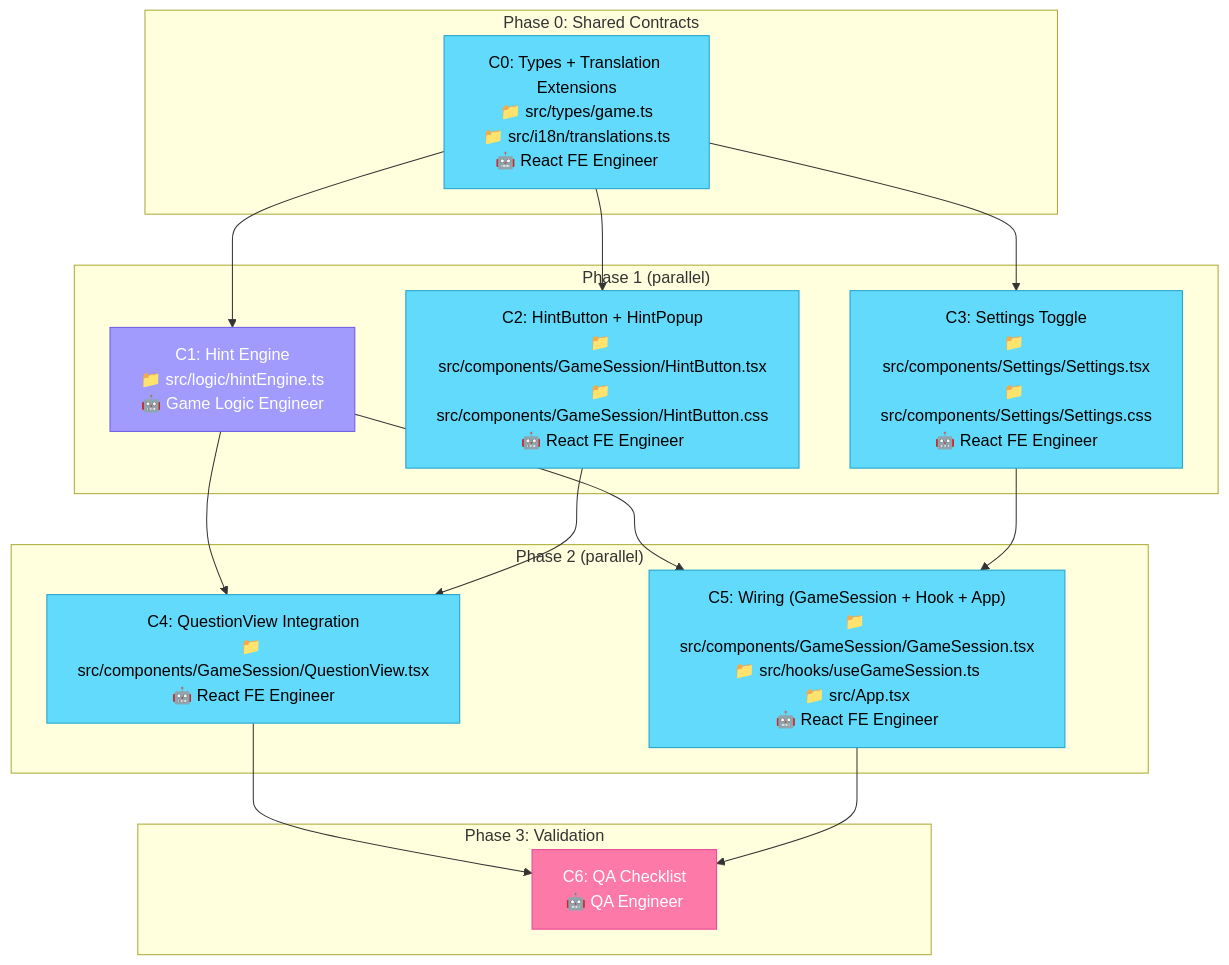
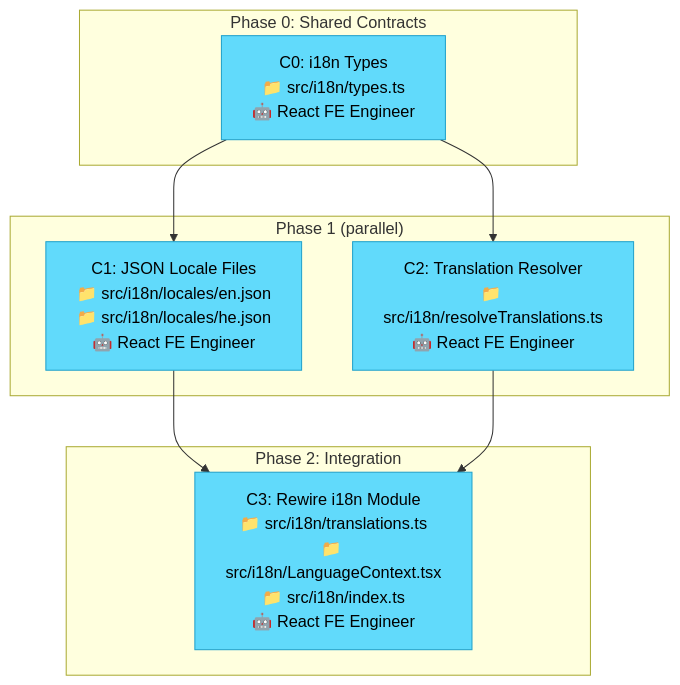
The diagram in .tasks/PLAN_GRAPH.md (mpmisha/TeachWatch), drawn with Mermaid before and after one commit. The commit also changed other lines of this file and 20 other files, not shown here.

First line of the commit message:
Add Translation Engineer agent with glossary and validation skills

````diff
--- a/.tasks/PLAN_GRAPH.md
+++ b/.tasks/PLAN_GRAPH.md
@@ -3,39 +3,24 @@
 ```mermaid
 flowchart TD
     subgraph "Phase 0: Shared Contracts"
-        C0["C0: Types + Translation Extensions\n📁 src/types/game.ts\n📁 src/i18n/translations.ts\n🤖 React FE Engineer"]
+        C0["C0: i18n Types\n📁 src/i18n/types.ts\n🤖 React FE Engineer"]
     end
 
     subgraph "Phase 1 (parallel)"
-        C1["C1: Hint Engine\n📁 src/logic/hintEngine.ts\n🤖 Game Logic Engineer"]
-        C2["C2: HintButton + HintPopup\n📁 src/components/GameSession/HintButton.tsx\n📁 src/components/GameSession/HintButton.css\n🤖 React FE Engineer"]
-        C3["C3: Settings Toggle\n📁 src/components/Settings/Settings.tsx\n📁 src/components/Settings/Settings.css\n🤖 React FE Engineer"]
+        C1["C1: JSON Locale Files\n📁 src/i18n/locales/en.json\n📁 src/i18n/locales/he.json\n🤖 React FE Engineer"]
+        C2["C2: Translation Resolver\n📁 src/i18n/resolveTranslations.ts\n🤖 React FE Engineer"]
     end
 
-    subgraph "Phase 2 (parallel)"
-        C4["C4: QuestionView Integration\n📁 src/components/GameSession/QuestionView.tsx\n🤖 React FE Engineer"]
-        C5["C5: Wiring (GameSession + Hook + App)\n📁 src/components/GameSession/GameSession.tsx\n📁 src/hooks/useGameSession.ts\n📁 src/App.tsx\n🤖 React FE Engineer"]
-    end
-
-    subgraph "Phase 3: Validation"
-        C6["C6: QA Checklist\n🤖 QA Engineer"]
+    subgraph "Phase 2: Integration"
+        C3["C3: Rewire i18n Module\n📁 src/i18n/translations.ts\n📁 src/i18n/LanguageContext.tsx\n📁 src/i18n/index.ts\n🤖 React FE Engineer"]
     end
 
     C0 --> C1
     C0 --> C2
-    C0 --> C3
-    C1 --> C4
-    C2 --> C4
-    C1 --> C5
-    C3 --> C5
-    C4 --> C6
-    C5 --> C6
+    C1 --> C3
+    C2 --> C3
 
     classDef reactfe fill:#61dafb,color:#000,stroke:#21a1cb
-    classDef gamelogic fill:#a29bfe,color:#fff,stroke:#6c5ce7
-    classDef qa fill:#fd79a8,color:#fff,stroke:#e84393
 
-    class C0,C2,C3,C4,C5 reactfe
-    class C1 gamelogic
-    class C6 qa
+    class C0,C1,C2,C3 reactfe
 ```
````
